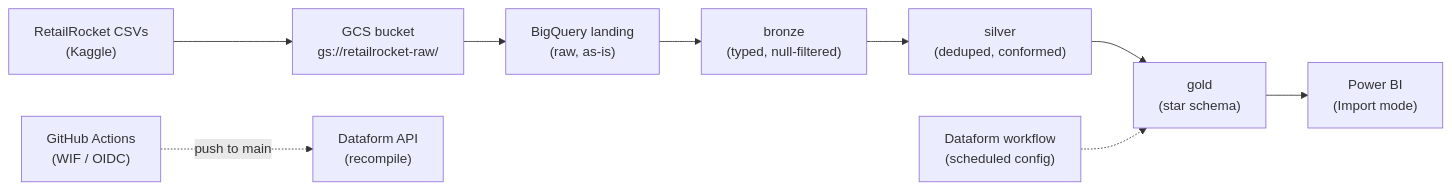
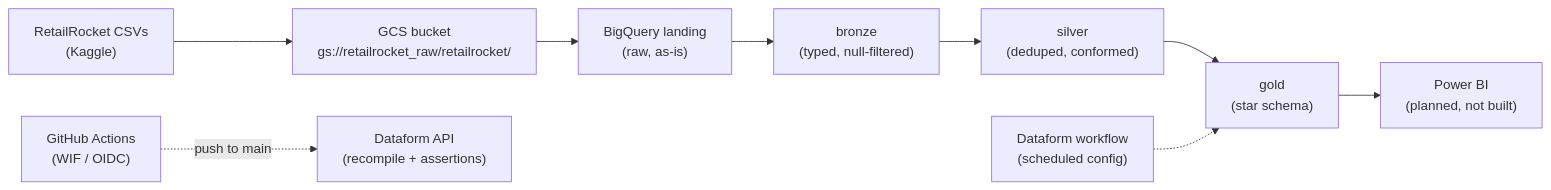
One commit to AriefRuer/retailrocket-bigquery-warehouse changed the diagram in README.md. Above: the diagram before and after it, drawn with Mermaid. The commit also changed other lines of this file, not shown here.

````diff
--- a/README.md
+++ b/README.md
@@ -32,11 +64,11 @@
 ```mermaid
 flowchart LR
-    A["RetailRocket CSVs<br/>(Kaggle)"] --> B["GCS bucket<br/>gs://retailrocket-raw/"]
-    B --> L["BigQuery landing<br/>(raw, as-is)"]
-    L --> C["bronze<br/>(typed, null-filtered)"]
-    C --> D["silver<br/>(deduped, conformed)"]
-    D --> E["gold<br/>(star schema)"]
-    E --> F["Power BI<br/>(Import mode)"]
-    G["GitHub Actions<br/>(WIF / OIDC)"] -.->|push to main| H["Dataform API<br/>(recompile)"]
-    I["Dataform workflow<br/>(scheduled config)"] -.-> E
+  A["RetailRocket CSVs<br/>(Kaggle)"] --> B["GCS bucket<br/>gs://retailrocket_raw/retailrocket/"]
+  B --> L["BigQuery landing<br/>(raw, as-is)"]
+  L --> C["bronze<br/>(typed, null-filtered)"]
+  C --> D["silver<br/>(deduped, conformed)"]
+  D --> E["gold<br/>(star schema)"]
+  E --> F["Power BI<br/>(planned, not built)"]
+  G["GitHub Actions<br/>(WIF / OIDC)"] -.->|push to main| H["Dataform API<br/>(recompile + assertions)"]
+  I["Dataform workflow<br/>(scheduled config)"] -.-> E
 ```
````
